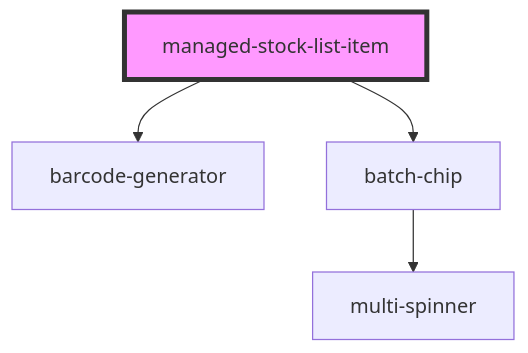
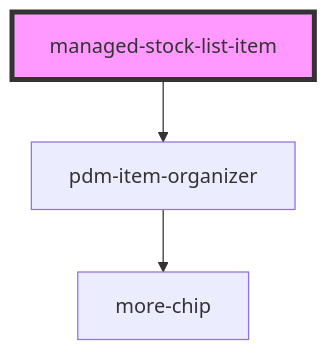
The diagram in pdm-web-components/src/components/managed-stock-list-item/readme.md (PharmaLedger-IMI/fgt-workspace), drawn with Mermaid before and after one commit. The commit also changed other lines of this file and 26 other files, not shown here.

````diff
--- a/pdm-web-components/src/components/managed-stock-list-item/readme.md
+++ b/pdm-web-components/src/components/managed-stock-list-item/readme.md
@@ -44,7 +43,6 @@
 ```mermaid
 graph TD;
-  managed-stock-list-item --> barcode-generator
-  managed-stock-list-item --> batch-chip
-  batch-chip --> multi-spinner
+  managed-stock-list-item --> pdm-item-organizer
+  pdm-item-organizer --> more-chip
   style managed-stock-list-item fill:#f9f,stroke:#333,stroke-width:4px
 ```
````
